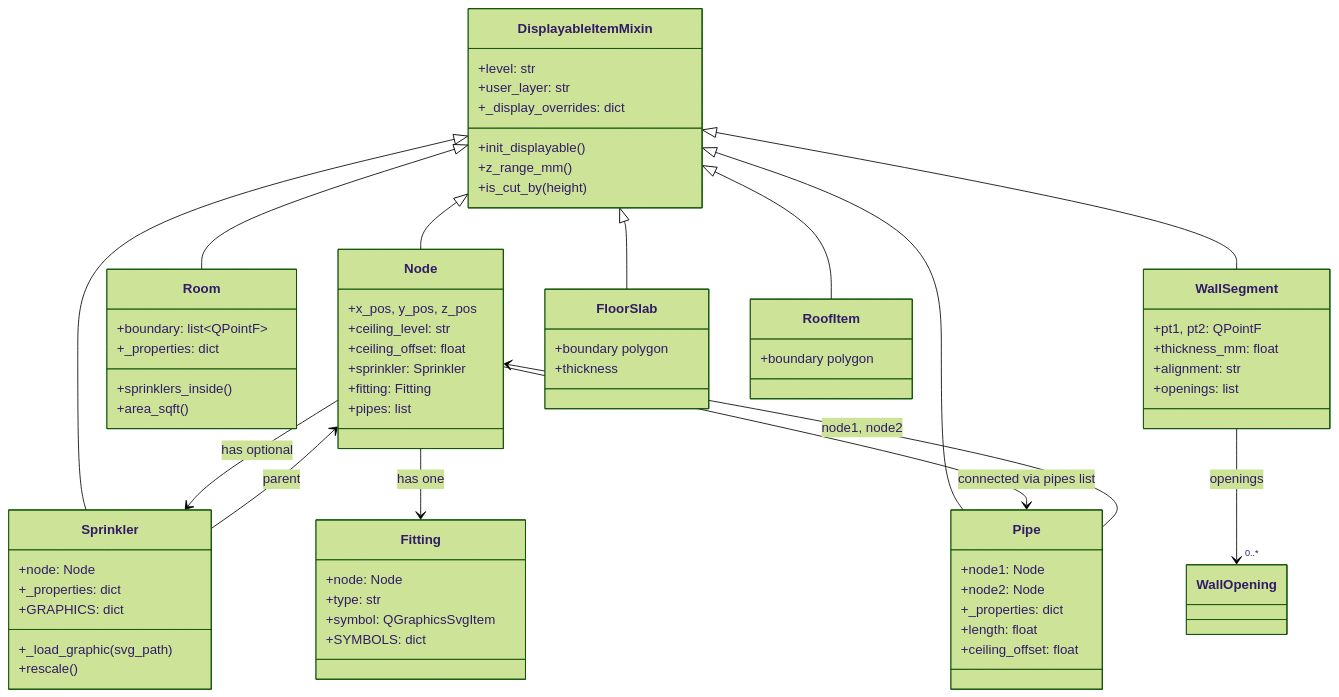
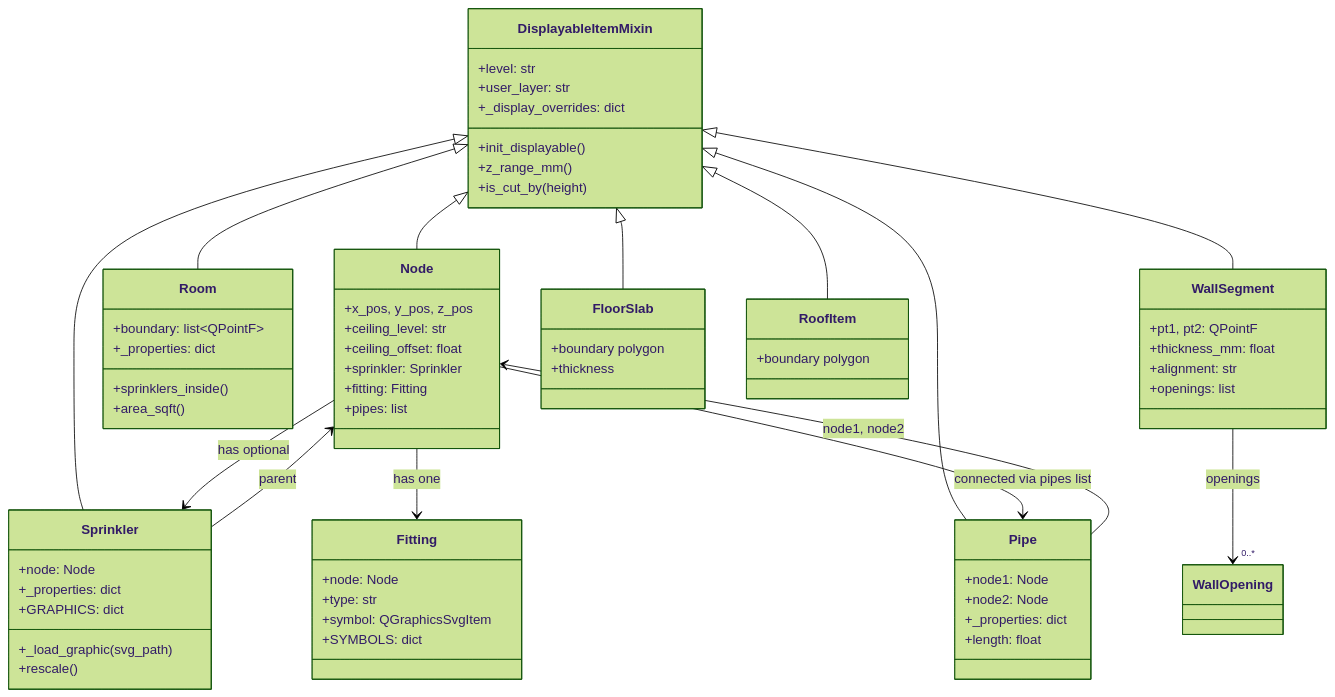
The diagram in docs/architecture/entities.md (giannivulcano/FirePro-3D), drawn with Mermaid (forest theme) before and after one commit.

Commit message:
docs: remove ceiling_offset from Pipe in entity docs

````diff
--- a/docs/architecture/entities.md
+++ b/docs/architecture/entities.md
@@ -40,81 +40,80 @@
 ```mermaid
 classDiagram
     class DisplayableItemMixin {
         +level: str
         +user_layer: str
         +_display_overrides: dict
         +init_displayable()
         +z_range_mm()
         +is_cut_by(height)
     }
 
     class Node {
         +x_pos, y_pos, z_pos
         +ceiling_level: str
         +ceiling_offset: float
         +sprinkler: Sprinkler
         +fitting: Fitting
         +pipes: list
     }
 
     class Pipe {
         +node1: Node
         +node2: Node
         +_properties: dict
         +length: float
-        +ceiling_offset: float
     }
 
     class Sprinkler {
         +node: Node
         +_properties: dict
         +GRAPHICS: dict
         +_load_graphic(svg_path)
         +rescale()
     }
 
     class Fitting {
         +node: Node
         +type: str
         +symbol: QGraphicsSvgItem
         +SYMBOLS: dict
     }
 
     class Room {
         +boundary: list~QPointF~
         +_properties: dict
         +sprinklers_inside()
         +area_sqft()
     }
 
     class WallSegment {
         +pt1, pt2: QPointF
         +thickness_mm: float
         +alignment: str
         +openings: list
     }
 
     class FloorSlab {
         +boundary polygon
         +thickness
     }
 
     class RoofItem {
         +boundary polygon
     }
 
     DisplayableItemMixin <|-- Node
     DisplayableItemMixin <|-- Pipe
     DisplayableItemMixin <|-- Sprinkler
     DisplayableItemMixin <|-- Room
     DisplayableItemMixin <|-- WallSegment
     DisplayableItemMixin <|-- FloorSlab
     DisplayableItemMixin <|-- RoofItem
 
     Node --> Sprinkler : has optional
     Node --> Fitting : has one
     Node --> Pipe : connected via pipes list
     Pipe --> Node : node1, node2
     Sprinkler --> Node : parent
     WallSegment --> "0..*" WallOpening : openings
 ```
````
